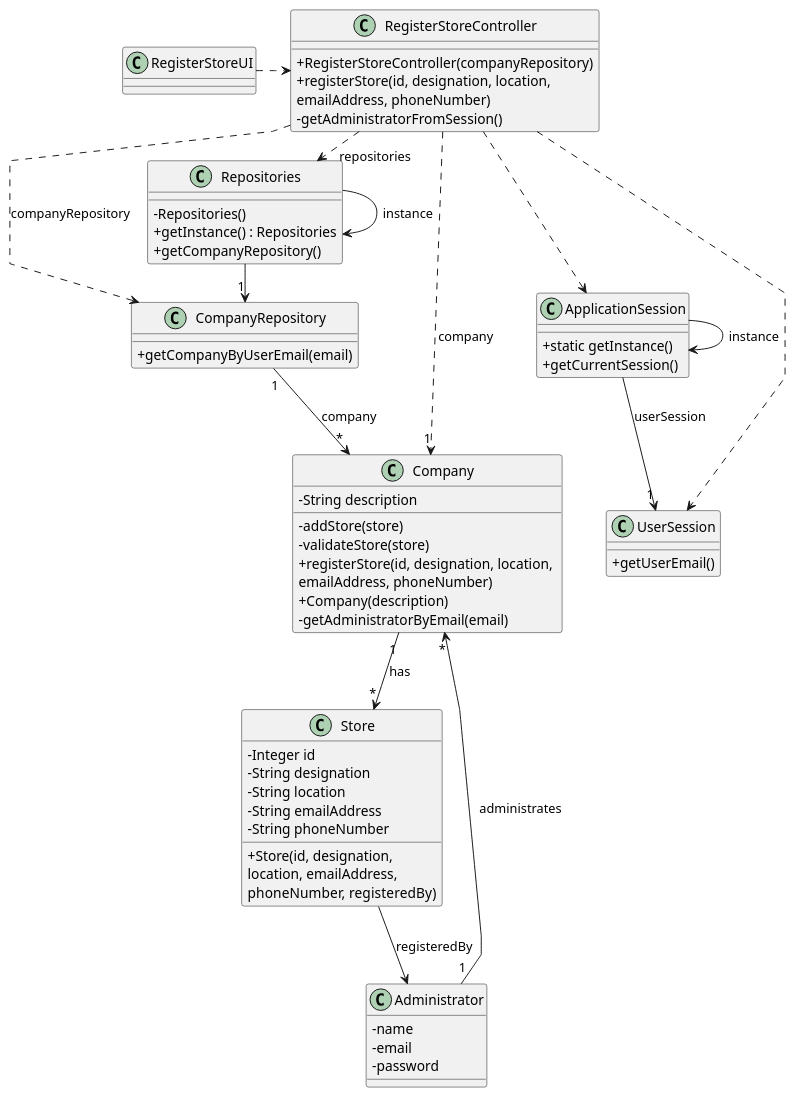
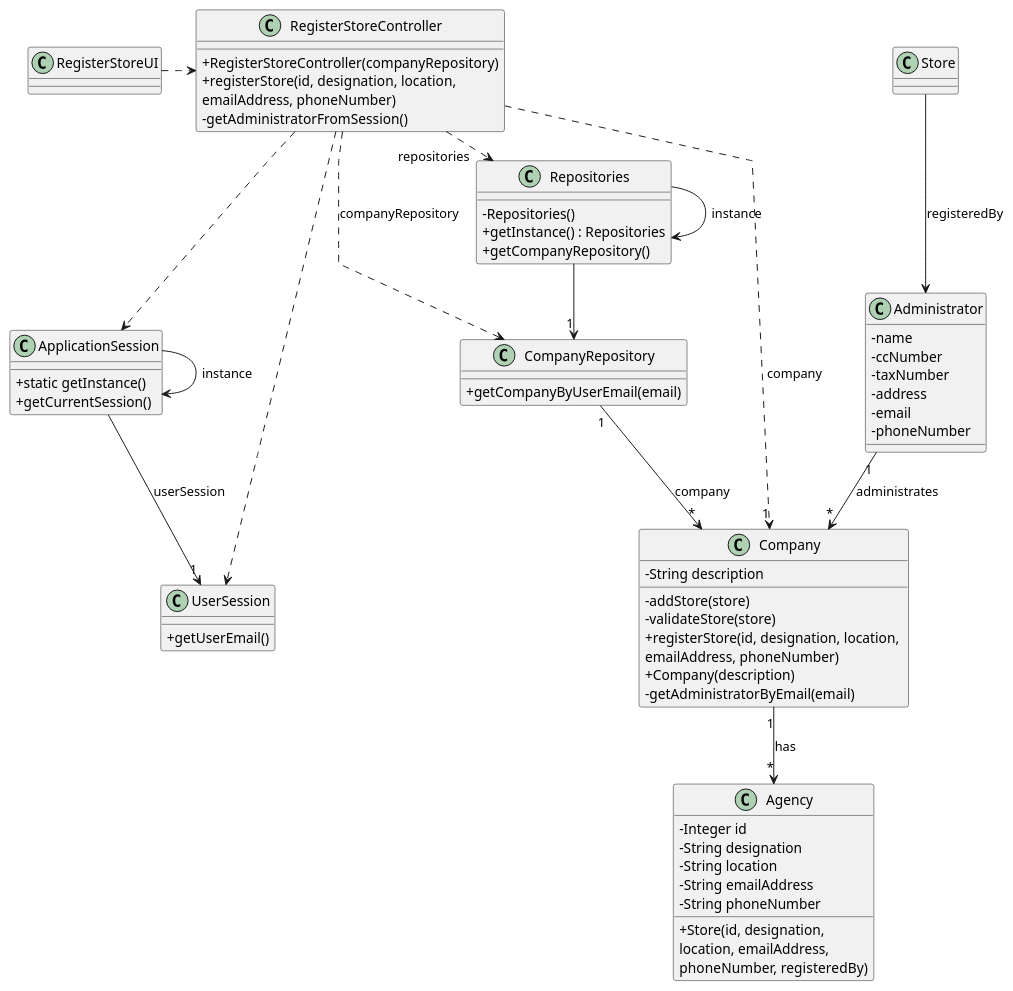
The diagram in docs/Sprint-B/US005/03.design/puml/us005-class-diagram.puml (Rodrick0209/ISEP-LAPR2-22-23), drawn with PlantUML before and after one commit. The commit also changed 59 other files, not shown here.

```diff
--- a/docs/Sprint-B/US005/03.design/puml/us005-class-diagram.puml
+++ b/docs/Sprint-B/US005/03.design/puml/us005-class-diagram.puml
@@ -1,87 +1,90 @@
 @startuml
 'skinparam monochrome true
 skinparam packageStyle rectangle
 skinparam shadowing false
 skinparam linetype polyline
 'skinparam linetype orto
 
 skinparam classAttributeIconSize 0
 
 'left to right direction
 
 class ApplicationSession
 {
     + static getInstance()
     + getCurrentSession()
 }
 
 class UserSession
 {
     + getUserEmail()
 }
 
-class Store {
+class Agency {
     - Integer id
     - String designation
     - String location
     - String emailAddress
     - String phoneNumber
 
     + Store(id, designation, \nlocation, emailAddress, \nphoneNumber, registeredBy)
 }
 
 class Company {
     - String description
     - addStore(store)
     - validateStore(store)
     + registerStore(id, designation, location, \nemailAddress, phoneNumber)
     '+ saveStore(store)
     + Company(description)
     - getAdministratorByEmail(email)
 }
 
 class Repositories {
     - Repositories()
     + getInstance() : Repositories
     + getCompanyRepository()
 }
 
 class RegisterStoreController {
     + RegisterStoreController(companyRepository)
     + registerStore(id, designation, location, \nemailAddress, phoneNumber)
     - getAdministratorFromSession()
 }
 
 class CompanyRepository{
     +getCompanyByUserEmail(email)
 }
 
 class Administrator{
--name
--email
--password
+    - name
+    - ccNumber
+    - taxNumber
+    - address
+    - email
+    - phoneNumber
 }
 
 Repositories -> Repositories : instance
 ApplicationSession -> ApplicationSession : instance
 
 RegisterStoreUI .> RegisterStoreController
 
 RegisterStoreController .> Repositories : repositories
 
 Repositories -> "1" CompanyRepository
 
 RegisterStoreController ..> CompanyRepository : companyRepository
 CompanyRepository "1" --> "*" Company : company
 ApplicationSession --> "1" UserSession : userSession
 
 RegisterStoreController ..> "1" Company : company
 RegisterStoreController ..> ApplicationSession
 RegisterStoreController ..> UserSession
 Store --> Administrator : registeredBy
-Company "1" --> "*" Store : has
+Company "1" --> "*" Agency : has
 Administrator "1" --> "*" Company : administrates
 
 
 
 @enduml
```
